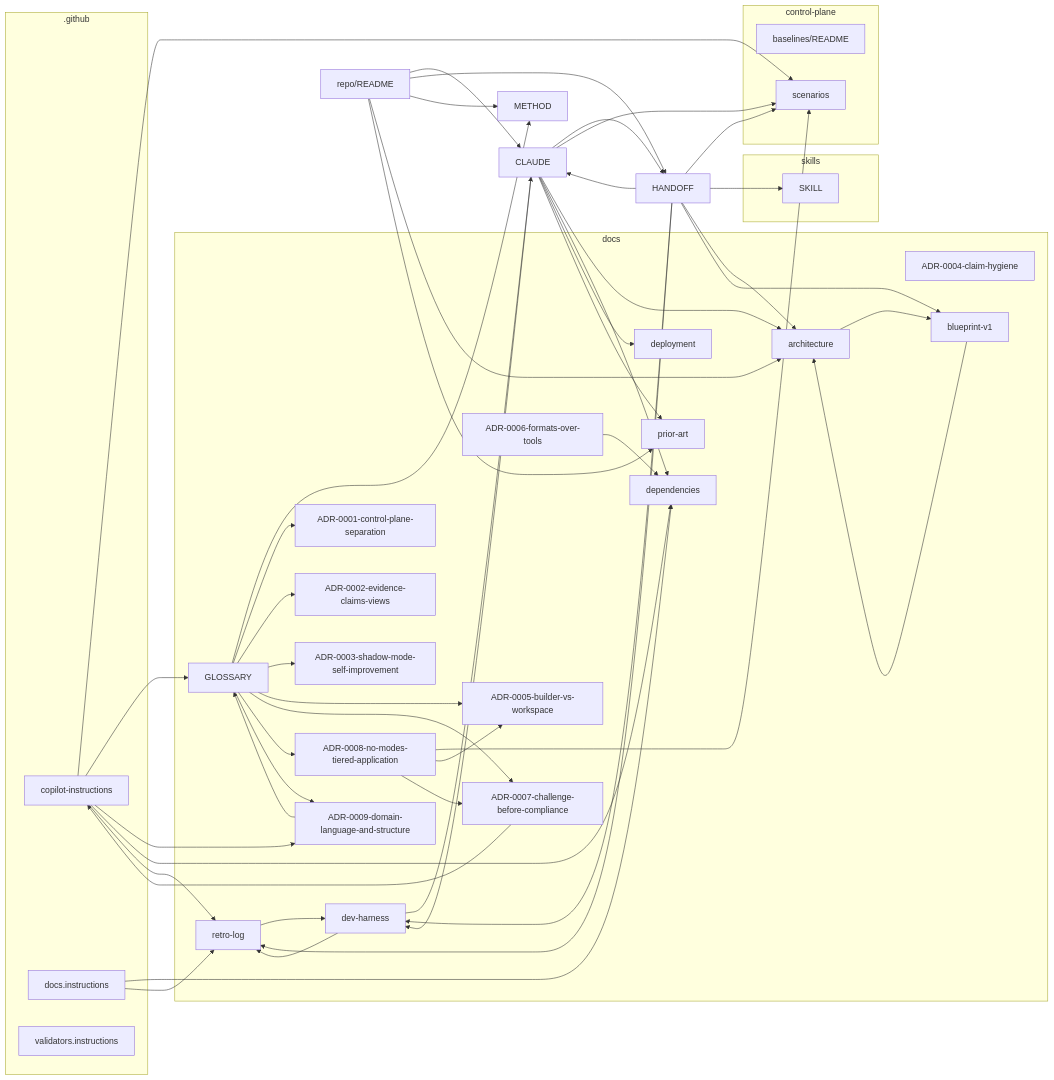
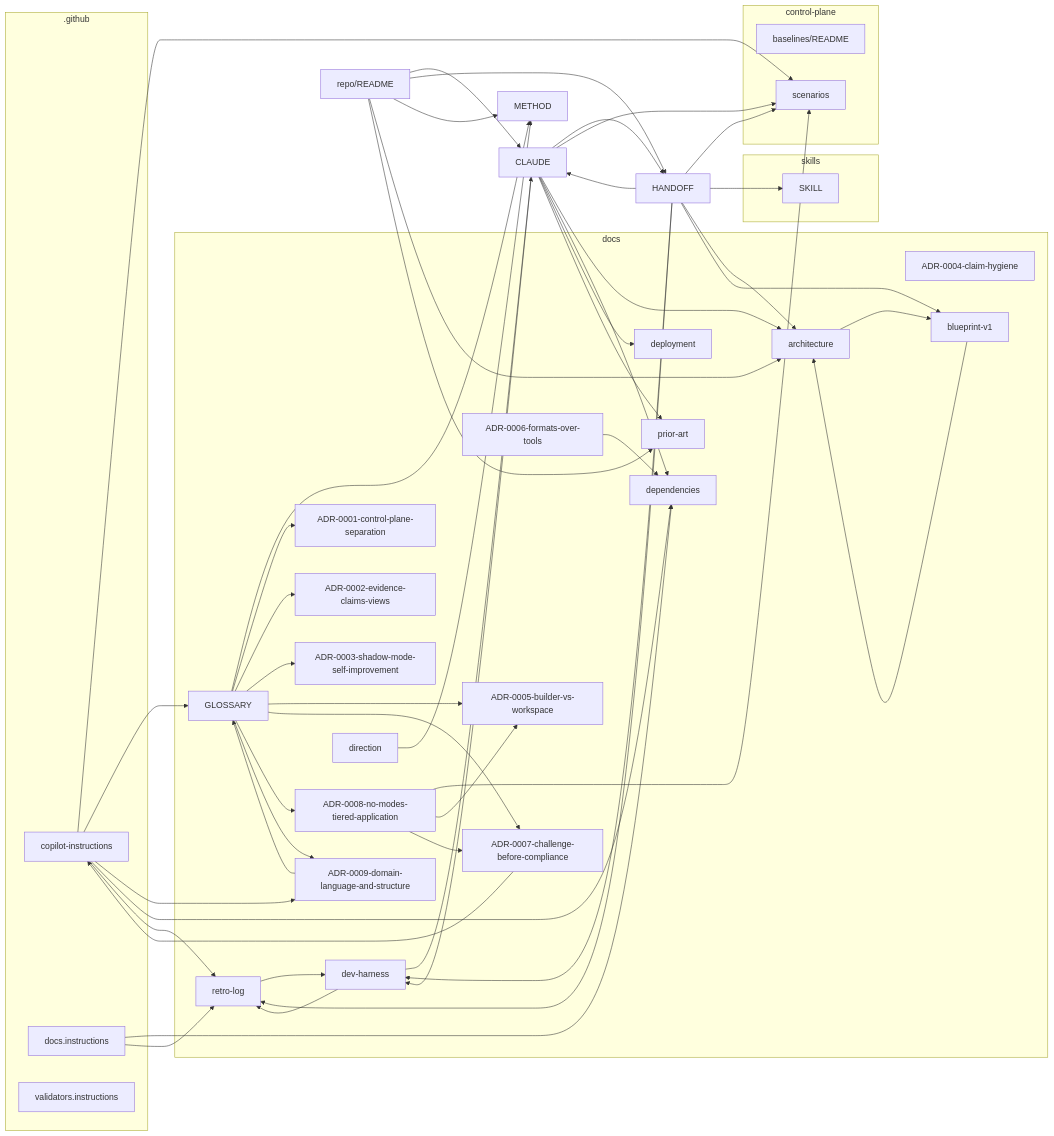
Before and after one commit to boulaajaj/ai-mise: the diagram in docs/mindmap.md, drawn with Mermaid. The commit also changed other lines of this file and 2 other files, not shown here.

Commit message:
Direction review 1: living executive summary + retro entry (alignment corrections)

````diff
--- a/docs/mindmap.md
+++ b/docs/mindmap.md
@@ -31,6 +31,7 @@
     docs_deployment_md["deployment"]
     docs_history_blueprint_v1_md["blueprint-v1"]
     docs_meta_dev_harness_md["dev-harness"]
+    docs_meta_direction_md["direction"]
     docs_meta_retro_log_md["retro-log"]
     docs_prior_art_md["prior-art"]
   end
@@ -85,5 +86,6 @@
   docs_history_blueprint_v1_md --> docs_architecture_md
   docs_meta_dev_harness_md --> CLAUDE_md
   docs_meta_dev_harness_md --> docs_meta_retro_log_md
+  docs_meta_direction_md --> METHOD_md
   docs_meta_retro_log_md --> docs_meta_dev_harness_md
 ```
````
